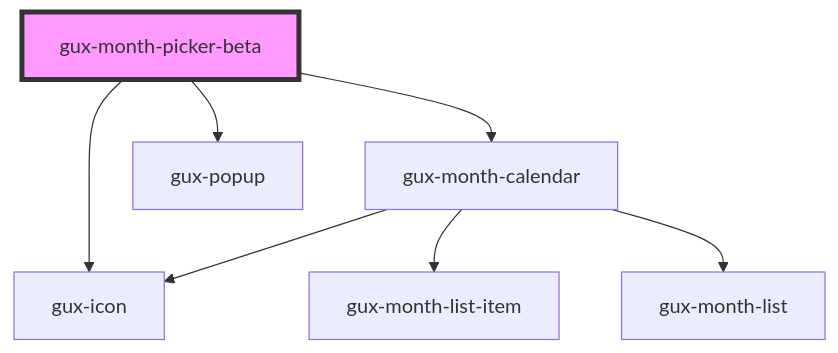
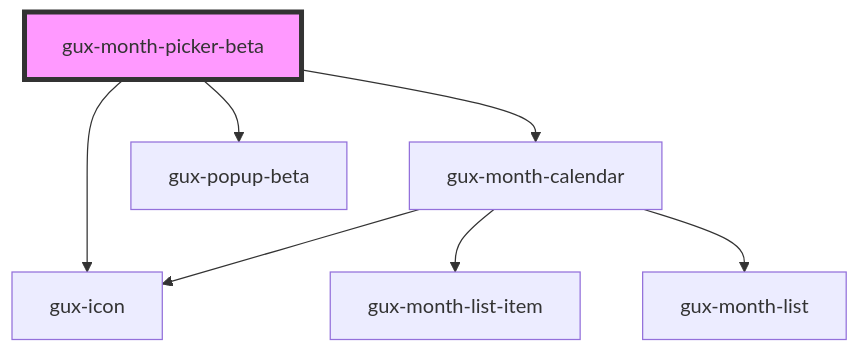
Before and after one commit to MyPureCloud/genesys-spark: the diagram in src/components/beta/gux-month-picker/readme.md, drawn with Mermaid. The commit also changed other lines of this file and 36 other files, not shown here.

First line of the commit message:
feat(gux-popup-beta): replace gux-popup with gux-popup-beta in components (#1145)

````diff
--- a/src/components/beta/gux-month-picker/readme.md
+++ b/src/components/beta/gux-month-picker/readme.md
@@ -27,10 +27,10 @@
 ```mermaid
 graph TD;
   gux-month-picker-beta --> gux-icon
   gux-month-picker-beta --> gux-month-calendar
-  gux-month-picker-beta --> gux-popup
+  gux-month-picker-beta --> gux-popup-beta
   gux-month-calendar --> gux-icon
   gux-month-calendar --> gux-month-list-item
   gux-month-calendar --> gux-month-list
   style gux-month-picker-beta fill:#f9f,stroke:#333,stroke-width:4px
 ```
````
